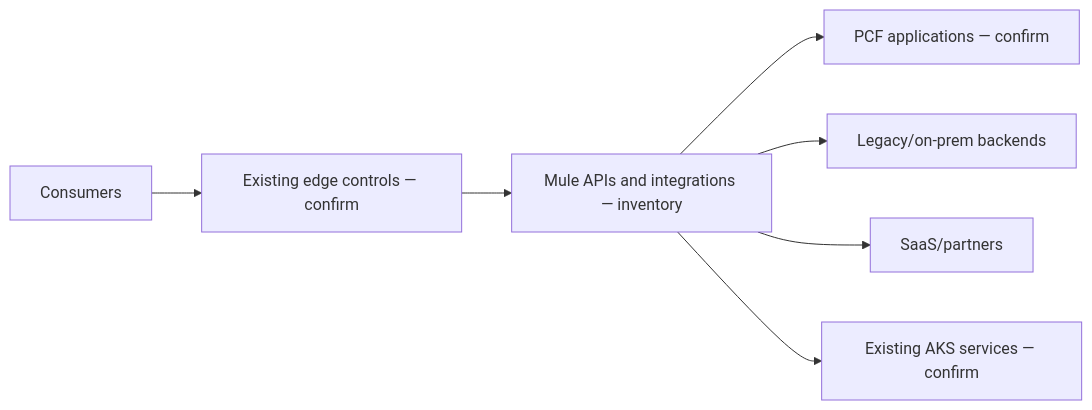
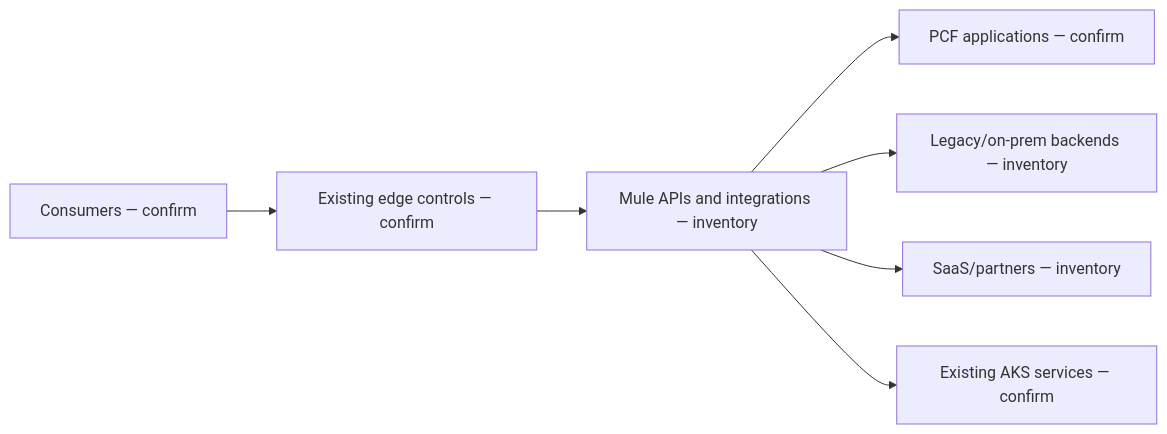
The diagram in architecture/diagrams/current-state.mmd (tomqwu/apim), drawn with Mermaid before and after one commit. The commit also changed 48 other files, not shown here.

```diff
--- a/architecture/diagrams/current-state.mmd
+++ b/architecture/diagrams/current-state.mmd
@@ -1,7 +1,7 @@
 flowchart LR
-  C["Consumers"] --> E["Existing edge controls — confirm"]
+  C["Consumers — confirm"] --> E["Existing edge controls — confirm"]
   E --> M["Mule APIs and integrations — inventory"]
   M --> P["PCF applications — confirm"]
-  M --> L["Legacy/on-prem backends"]
-  M --> S["SaaS/partners"]
+  M --> L["Legacy/on-prem backends — inventory"]
+  M --> S["SaaS/partners — inventory"]
   M --> A["Existing AKS services — confirm"]
```
